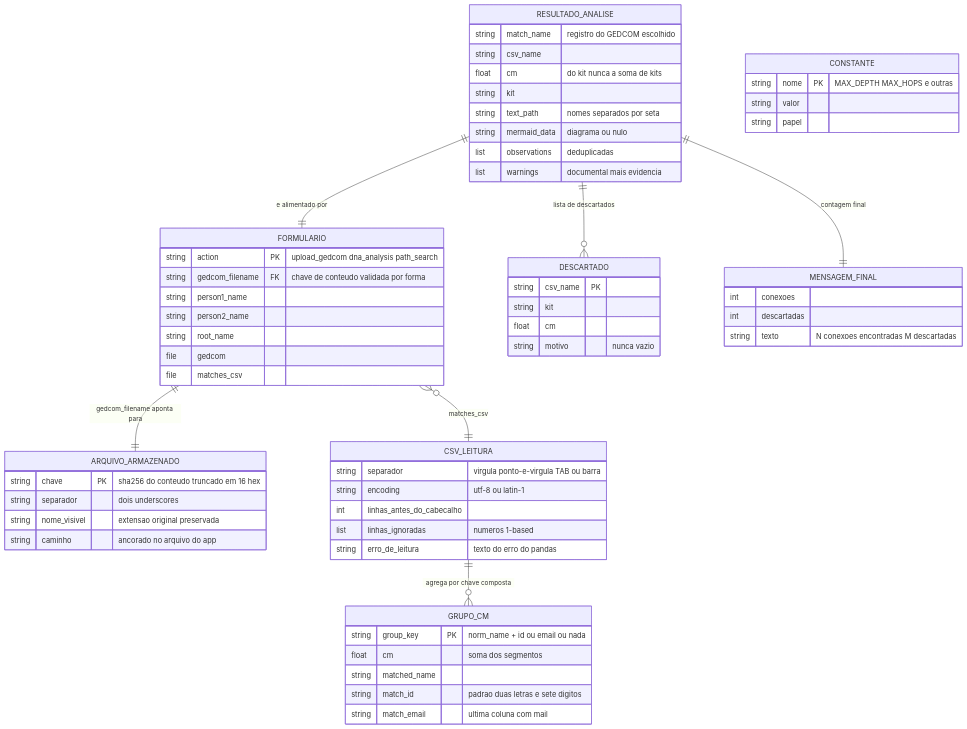
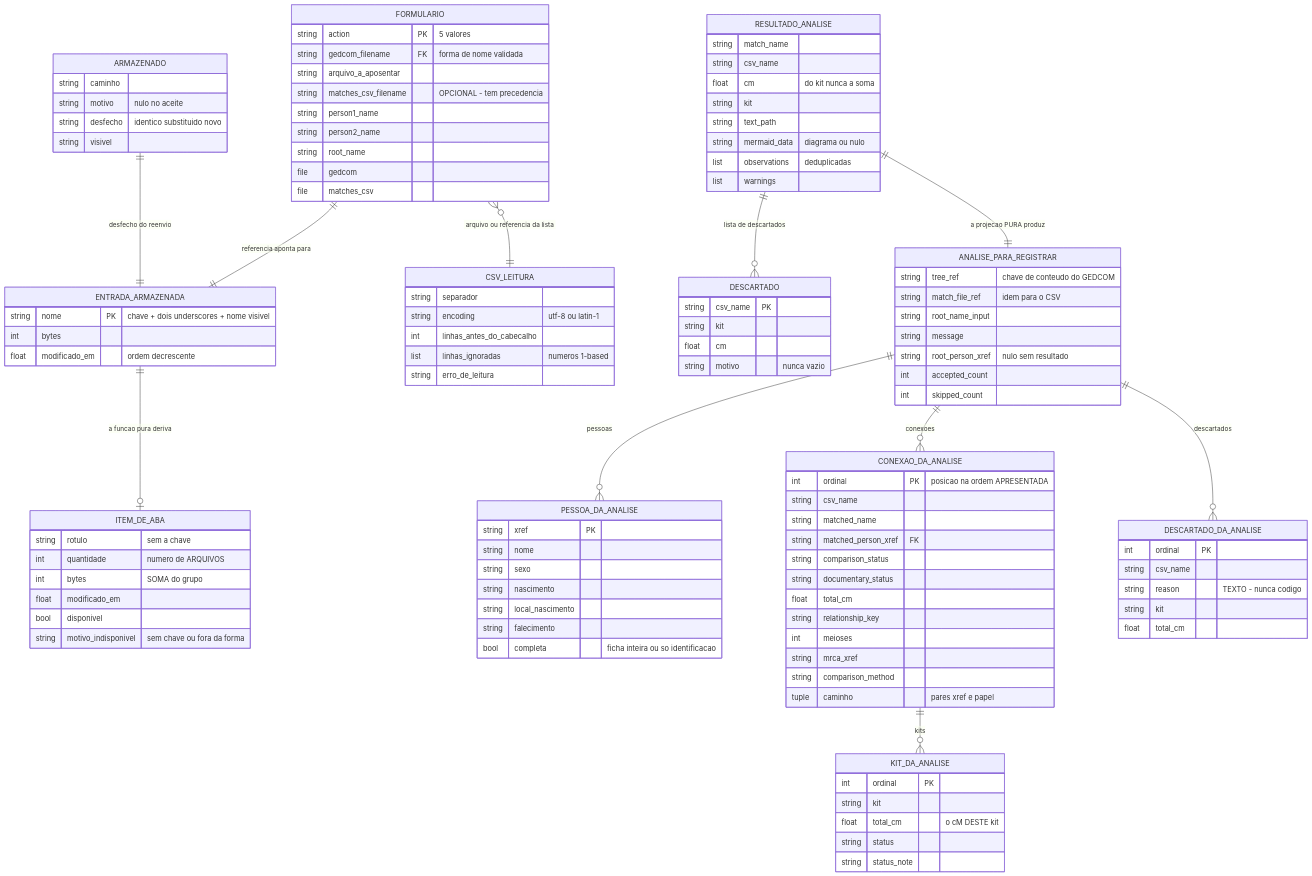
The fourth of 5 diagrams in _reversa_sdd/erd-complete.md (Adriano1976/reversa-analisador-genealogico), drawn with Mermaid before and after one commit. The commit also changed other lines of this file and 69 other files, not shown here.

````diff
--- a/_reversa_sdd/erd-complete.md
+++ b/_reversa_sdd/erd-complete.md
@@ -273,50 +285,62 @@
 ```mermaid
 erDiagram
-    FORMULARIO ||--|| ARQUIVO_ARMAZENADO : "gedcom_filename aponta para"
-    FORMULARIO }o--|| CSV_LEITURA : "matches_csv"
-    CSV_LEITURA ||--o{ GRUPO_CM : "agrega por chave composta"
-    RESULTADO_ANALISE ||--|| FORMULARIO : "e alimentado por"
+    FORMULARIO ||--|| ENTRADA_ARMAZENADA : "referencia aponta para"
+    FORMULARIO }o--|| CSV_LEITURA : "arquivo ou referencia da lista"
+    ENTRADA_ARMAZENADA ||--o| ITEM_DE_ABA : "a funcao pura deriva"
+    ARMAZENADO ||--|| ENTRADA_ARMAZENADA : "desfecho do reenvio"
     RESULTADO_ANALISE ||--o{ DESCARTADO : "lista de descartados"
-    RESULTADO_ANALISE ||--|| MENSAGEM_FINAL : "contagem final"
+    ANALISE_PARA_REGISTRAR ||--o{ PESSOA_DA_ANALISE : "pessoas"
+    ANALISE_PARA_REGISTRAR ||--o{ CONEXAO_DA_ANALISE : "conexoes"
+    ANALISE_PARA_REGISTRAR ||--o{ DESCARTADO_DA_ANALISE : "descartados"
+    CONEXAO_DA_ANALISE ||--o{ KIT_DA_ANALISE : "kits"
+    RESULTADO_ANALISE ||--|| ANALISE_PARA_REGISTRAR : "a projecao PURA produz"
 
     FORMULARIO {
-        string action PK "upload_gedcom dna_analysis path_search"
-        string gedcom_filename FK "chave de conteudo validada por forma"
+        string action PK "5 valores"
+        string gedcom_filename FK "forma de nome validada"
+        string arquivo_a_aposentar
+        string matches_csv_filename "OPCIONAL - tem precedencia"
         string person1_name
         string person2_name
         string root_name
         file gedcom
         file matches_csv
     }
-    ARQUIVO_ARMAZENADO {
-        string chave PK "sha256 do conteudo truncado em 16 hex"
-        string separador "dois underscores"
-        string nome_visivel "extensao original preservada"
-        string caminho "ancorado no arquivo do app"
+    ENTRADA_ARMAZENADA {
+        string nome PK "chave + dois underscores + nome visivel"
+        int bytes
+        float modificado_em "ordem decrescente"
+    }
+    ITEM_DE_ABA {
+        string rotulo "sem a chave"
+        int quantidade "numero de ARQUIVOS"
+        int bytes "SOMA do grupo"
+        float modificado_em
+        bool disponivel
+        string motivo_indisponivel "sem chave ou fora da forma"
+    }
+    ARMAZENADO {
+        string caminho
+        string motivo "nulo no aceite"
+        string desfecho "identico substituido novo"
+        string visivel
     }
     CSV_LEITURA {
-        string separador "virgula ponto-e-virgula TAB ou barra"
+        string separador
         string encoding "utf-8 ou latin-1"
         int linhas_antes_do_cabecalho
         list linhas_ignoradas "numeros 1-based"
-        string erro_de_leitura "texto do erro do pandas"
-    }
-    GRUPO_CM {
-        string group_key PK "norm_name + id ou email ou nada"
-        float cm "soma dos segmentos"
-        string matched_name
-        string match_id "padrao duas letras e sete digitos"
-        string match_email "ultima coluna com mail"
+        string erro_de_leitura
     }
     RESULTADO_ANALISE {
-        string match_name "registro do GEDCOM escolhido"
+        string match_name
         string csv_name
-        float cm "do kit nunca a soma de kits"
+        float cm "do kit nunca a soma"
         string kit
-        string text_path "nomes separados por seta"
+        string text_path
         string mermaid_data "diagrama ou nulo"
         list observations "deduplicadas"
-        list warnings "documental mais evidencia"
+        list warnings
     }
     DESCARTADO {
         string csv_name PK
@@ -324,14 +348,50 @@
         float cm
         string motivo "nunca vazio"
     }
-    MENSAGEM_FINAL {
-        int conexoes
-        int descartadas
-        string texto "N conexoes encontradas M descartadas"
+    ANALISE_PARA_REGISTRAR {
+        string tree_ref "chave de conteudo do GEDCOM"
+        string match_file_ref "idem para o CSV"
+        string root_name_input
+        string message
+        string root_person_xref "nulo sem resultado"
+        int accepted_count
+        int skipped_count
     }
-    CONSTANTE {
-        string nome PK "MAX_DEPTH MAX_HOPS e outras"
-        string valor
-        string papel
+    PESSOA_DA_ANALISE {
+        string xref PK
+        string nome
+        string sexo
+        string nascimento
+        string local_nascimento
+        string falecimento
+        bool completa "ficha inteira ou so identificacao"
+    }
+    CONEXAO_DA_ANALISE {
+        int ordinal PK "posicao na ordem APRESENTADA"
+        string csv_name
+        string matched_name
+        string matched_person_xref FK
+        string comparison_status
+        string documentary_status
+        float total_cm
+        string relationship_key
+        int meioses
+        string mrca_xref
+        string comparison_method
+        tuple caminho "pares xref e papel"
+    }
+    KIT_DA_ANALISE {
+        int ordinal PK
+        string kit
+        float total_cm "o cM DESTE kit"
+        string status
+        string status_note
+    }
+    DESCARTADO_DA_ANALISE {
+        int ordinal PK
+        string csv_name
+        string reason "TEXTO - nunca codigo"
+        string kit
+        float total_cm
     }
 ```
````
